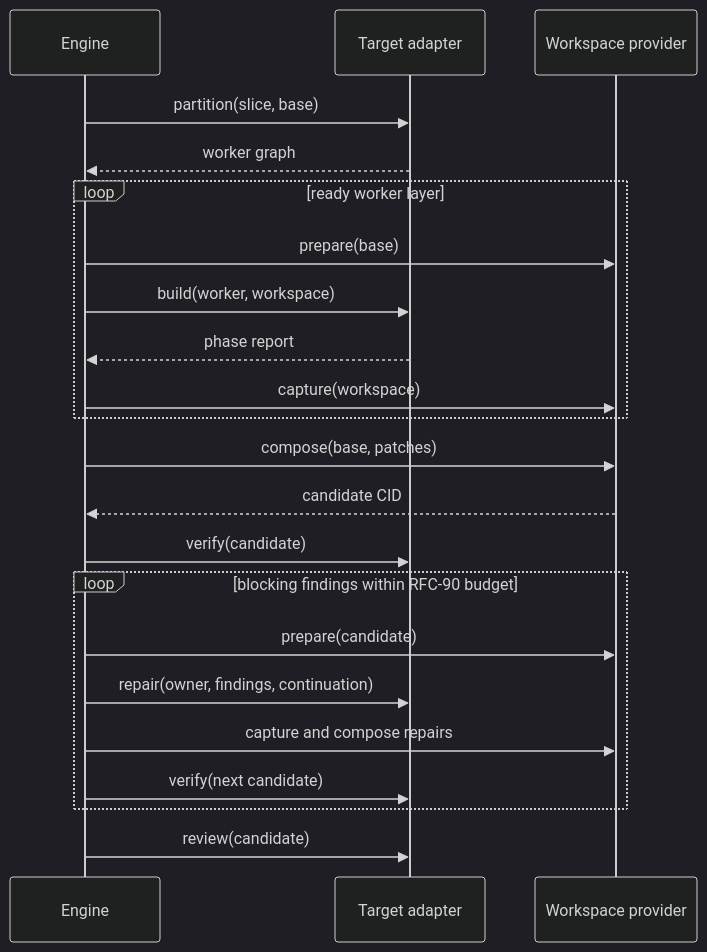
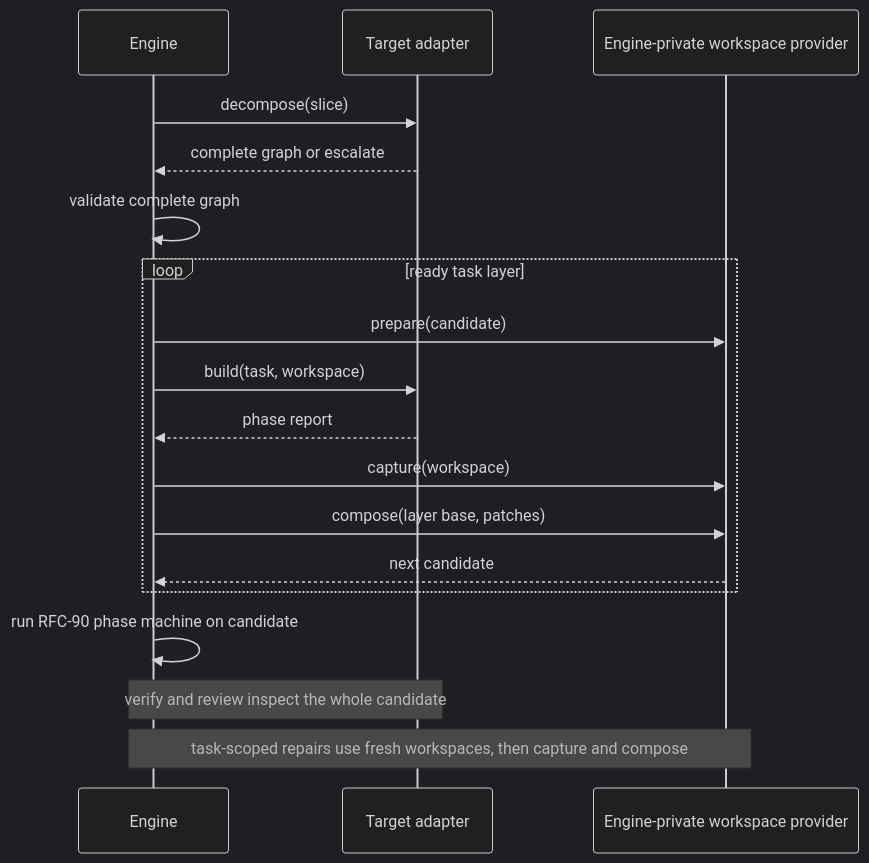
Before and after one commit to augentic/anvil: the first of 2 diagrams in rfcs/rfc-91-concurrent-execution.md, drawn with Mermaid (dark theme). The commit also changed other lines of this file and 3 other files, not shown here.

````diff
--- a/rfcs/rfc-91-concurrent-execution.md
+++ b/rfcs/rfc-91-concurrent-execution.md
@@ -23,25 +54,21 @@
 ```mermaid
 sequenceDiagram
     participant E as Engine
     participant T as Target adapter
-    participant W as Workspace provider
+    participant W as Engine-private workspace provider
 
-    E->>T: partition(slice, base)
-    T-->>E: worker graph
-    loop ready worker layer
-        E->>W: prepare(base)
-        E->>T: build(worker, workspace)
+    E->>T: decompose(slice)
+    T-->>E: complete graph or escalate
+    E->>E: validate complete graph
+    loop ready task layer
+        E->>W: prepare(candidate)
+        E->>T: build(task, workspace)
         T-->>E: phase report
         E->>W: capture(workspace)
+        E->>W: compose(layer base, patches)
+        W-->>E: next candidate
     end
-    E->>W: compose(base, patches)
-    W-->>E: candidate CID
-    E->>T: verify(candidate)
-    loop blocking findings within RFC-90 budget
-        E->>W: prepare(candidate)
-        E->>T: repair(owner, findings, continuation)
-        E->>W: capture and compose repairs
-        E->>T: verify(next candidate)
-    end
-    E->>T: review(candidate)
+    E->>E: run RFC-90 phase machine on candidate
+    Note over E,T: verify and review inspect the whole candidate
+    Note over E,W: task-scoped repairs use fresh workspaces, then capture and compose
 ```
````
